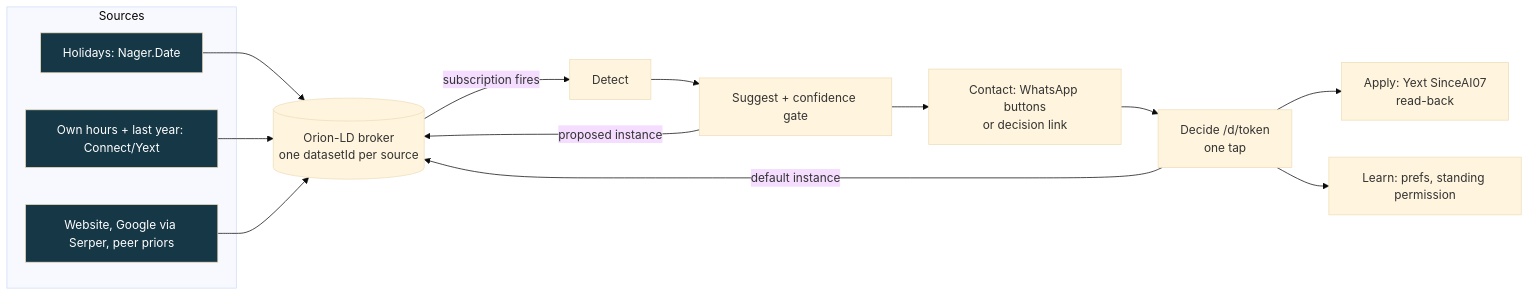
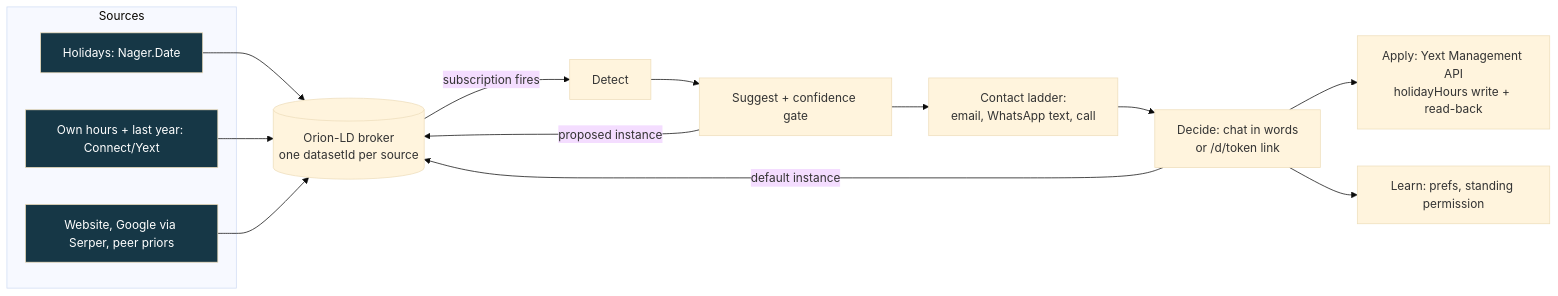
One commit to oroomi/kaiku changed the diagram in README.md. Above: the diagram before and after it, drawn with Mermaid (base theme). The commit also changed other lines of this file and 8 other files, not shown here.

Commit message:
docs v2: README, ARCHITECTURE, DISCLOSURE, DEMO_SCRIPT, DECK, SUBMISSION true to the live owner page, contact ladder and chat brain

````diff
--- a/README.md
+++ b/README.md
@@ -16,18 +40,18 @@
 ```mermaid
 flowchart LR
   subgraph Sources
     S1[Holidays: Nager.Date]:::s
     S2[Own hours + last year: Connect/Yext]:::s
     S3[Website, Google via Serper, peer priors]:::s
   end
   S1 & S2 & S3 --> ORION[(Orion-LD broker\none datasetId per source)]
   ORION -- subscription fires --> DET[Detect]
   DET --> SUG[Suggest + confidence gate]
   SUG -- proposed instance --> ORION
-  SUG --> CON[Contact: WhatsApp buttons\nor decision link]
-  CON --> DEC[Decide /d/token\none tap]
+  SUG --> CON[Contact ladder:\nemail, WhatsApp text, call]
+  CON --> DEC[Decide: chat in words\nor /d/token link]
   DEC -- default instance --> ORION
-  DEC --> APP[Apply: Yext SinceAI07\nread-back]
+  DEC --> APP[Apply: Yext Management API\nholidayHours write + read-back]
   DEC --> LRN[Learn: prefs, standing permission]
   classDef s fill:#163746,color:#fff
 ```
````
